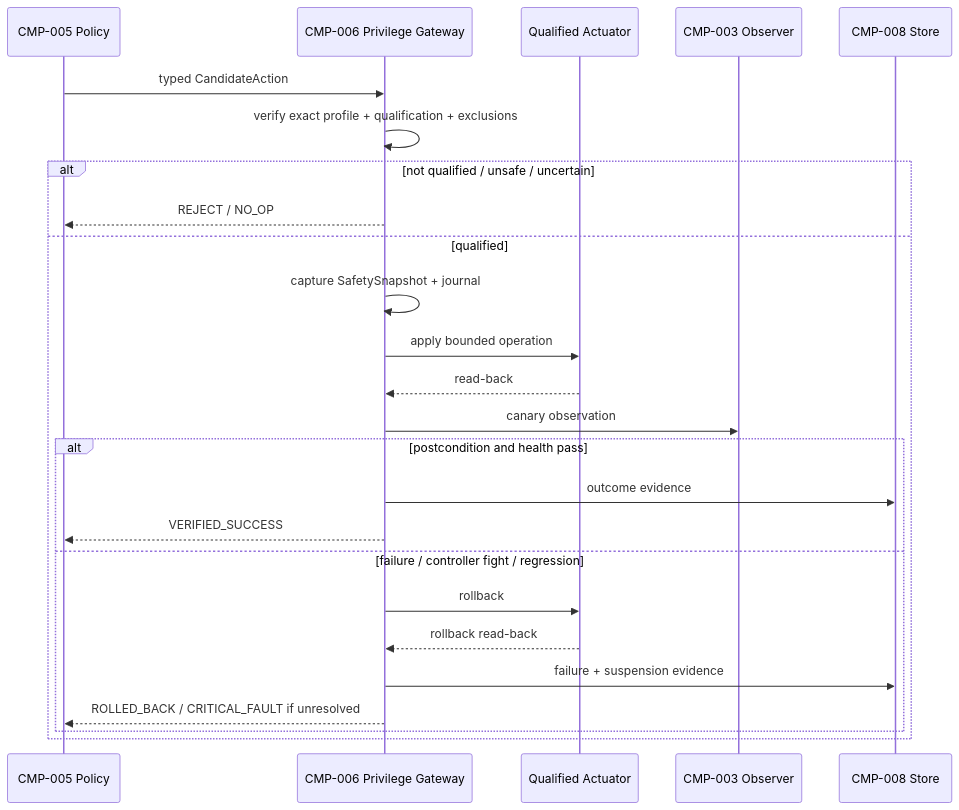
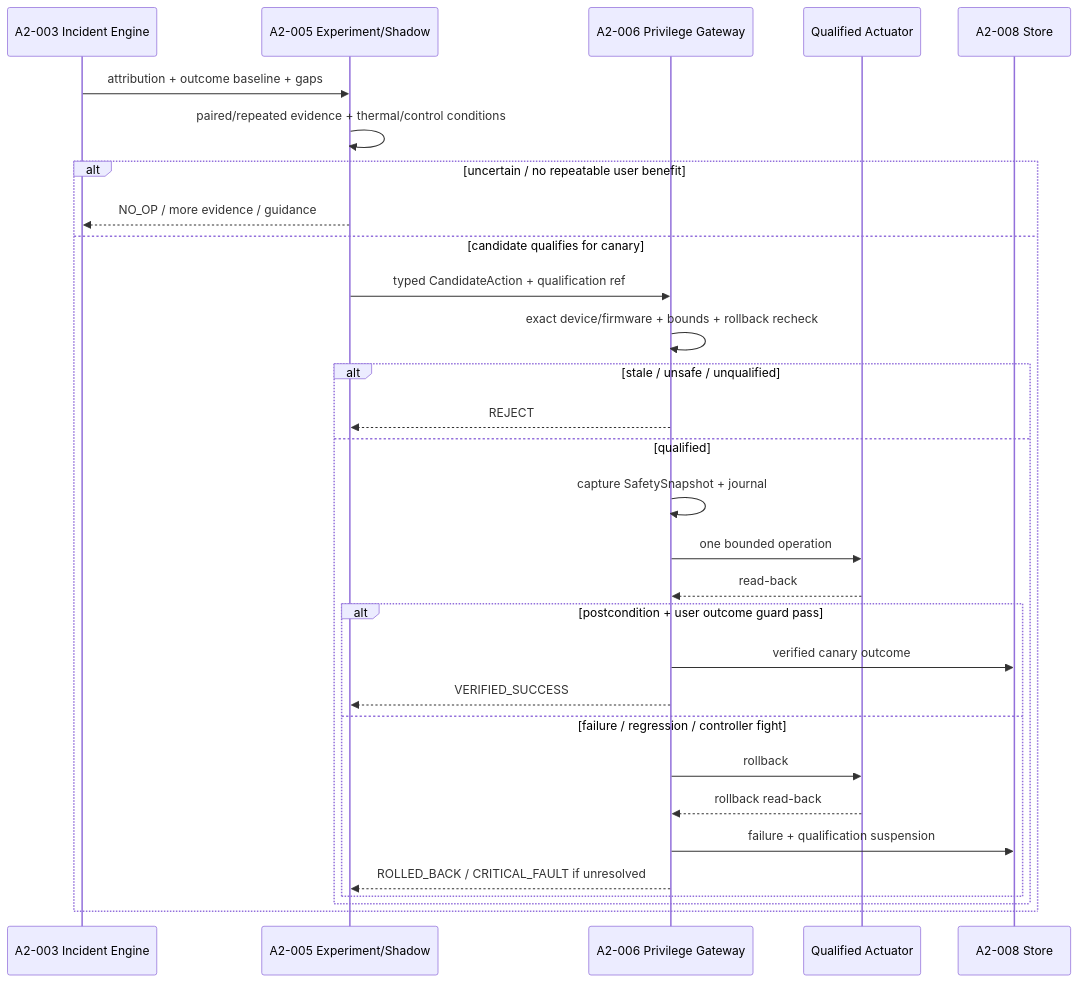
The diagram in docs/visual/RUNTIME_INCIDENT.mmd (ahaggag037/research-system-brain2), drawn with Mermaid before and after one commit. The commit also changed 6 other files, not shown here.

```diff
--- a/docs/visual/RUNTIME_INCIDENT.mmd
+++ b/docs/visual/RUNTIME_INCIDENT.mmd
@@ -1,25 +1,30 @@
 sequenceDiagram
-  participant P as CMP-005 Policy
-  participant G as CMP-006 Privilege Gateway
+  participant I as A2-003 Incident Engine
+  participant E as A2-005 Experiment/Shadow
+  participant G as A2-006 Privilege Gateway
   participant A as Qualified Actuator
-  participant O as CMP-003 Observer
-  participant S as CMP-008 Store
-  P->>G: typed CandidateAction
-  G->>G: verify exact profile + qualification + exclusions
-  alt not qualified / unsafe / uncertain
-    G-->>P: REJECT / NO_OP
-  else qualified
-    G->>G: capture SafetySnapshot + journal
-    G->>A: apply bounded operation
-    A-->>G: read-back
-    G->>O: canary observation
-    alt postcondition and health pass
-      G->>S: outcome evidence
-      G-->>P: VERIFIED_SUCCESS
-    else failure / controller fight / regression
-      G->>A: rollback
-      A-->>G: rollback read-back
-      G->>S: failure + suspension evidence
-      G-->>P: ROLLED_BACK / CRITICAL_FAULT if unresolved
+  participant S as A2-008 Store
+  I->>E: attribution + outcome baseline + gaps
+  E->>E: paired/repeated evidence + thermal/control conditions
+  alt uncertain / no repeatable user benefit
+    E-->>I: NO_OP / more evidence / guidance
+  else candidate qualifies for canary
+    E->>G: typed CandidateAction + qualification ref
+    G->>G: exact device/firmware + bounds + rollback recheck
+    alt stale / unsafe / unqualified
+      G-->>E: REJECT
+    else qualified
+      G->>G: capture SafetySnapshot + journal
+      G->>A: one bounded operation
+      A-->>G: read-back
+      alt postcondition + user outcome guard pass
+        G->>S: verified canary outcome
+        G-->>E: VERIFIED_SUCCESS
+      else failure / regression / controller fight
+        G->>A: rollback
+        A-->>G: rollback read-back
+        G->>S: failure + qualification suspension
+        G-->>E: ROLLED_BACK / CRITICAL_FAULT if unresolved
+      end
     end
   end
```
